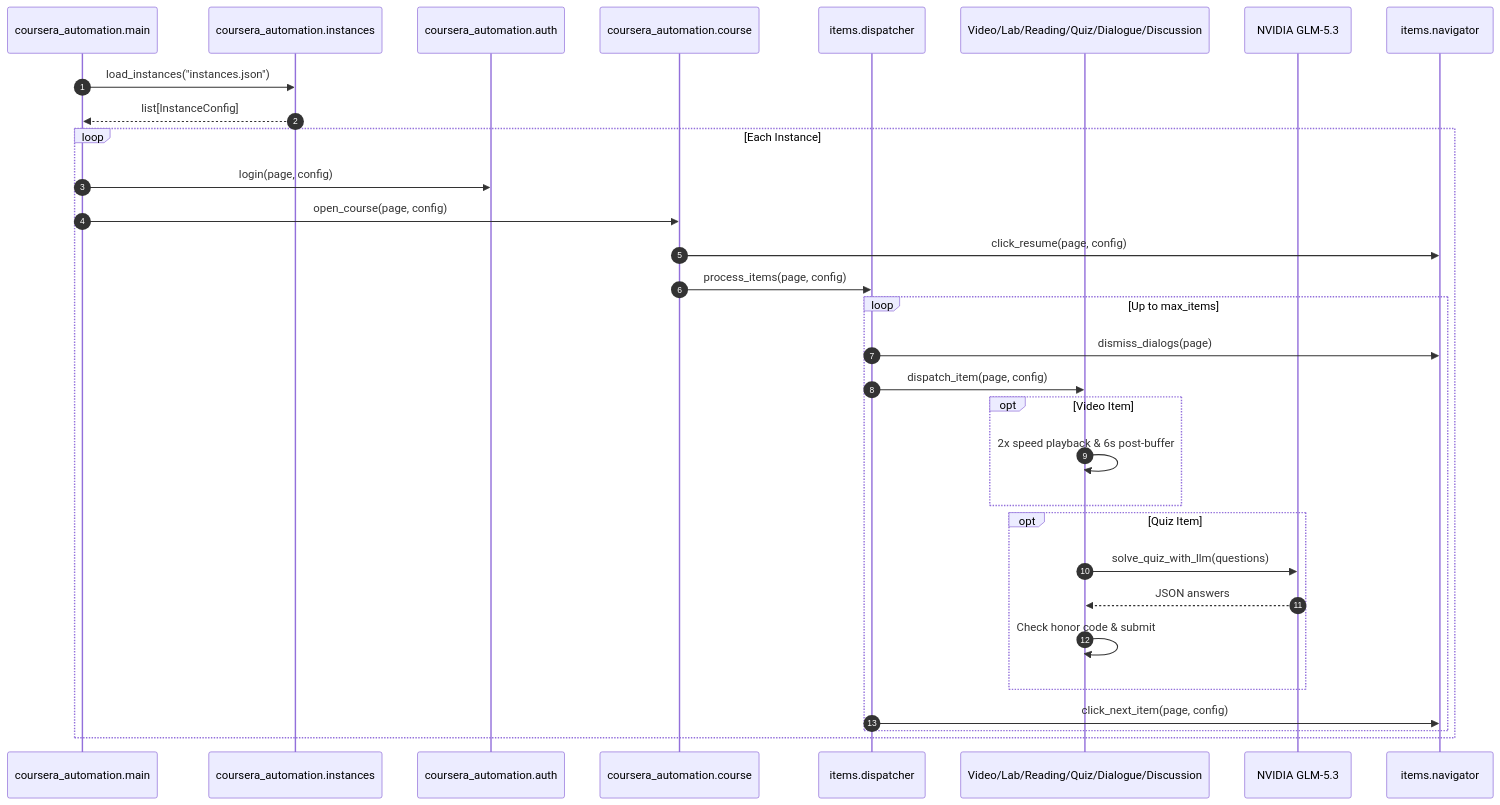
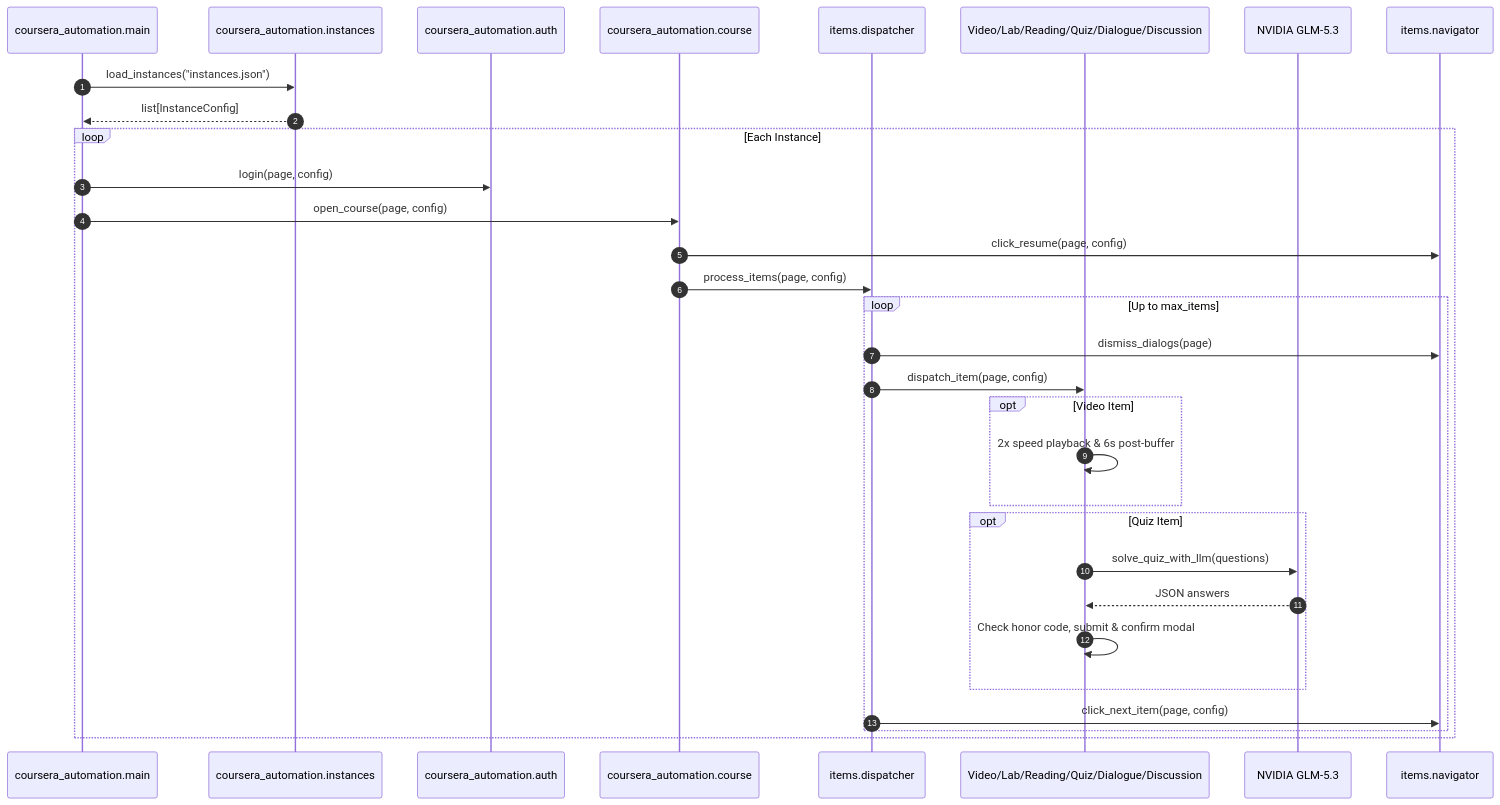
Before and after one commit to Deekshika03/coursera: the diagram in docs/ARCHITECTURE.md, drawn with Mermaid. The commit also changed other lines of this file and 20 other files, not shown here.

Commit message:
feat: add automatic dismissal and checkbox handling for Coursera Honor Code modals

````diff
--- a/docs/ARCHITECTURE.md
+++ b/docs/ARCHITECTURE.md
@@ -7,34 +7,35 @@
 ```mermaid
 sequenceDiagram
     autonumber
     participant Main as coursera_automation.main
     participant Inst as coursera_automation.instances
     participant Auth as coursera_automation.auth
     participant Course as coursera_automation.course
     participant Disp as items.dispatcher
     participant Item as Video/Lab/Reading/Quiz/Dialogue/Discussion
     participant LLM as NVIDIA GLM-5.3
     participant Nav as items.navigator
 
     Main->>Inst: load_instances("instances.json")
     Inst-->>Main: list[InstanceConfig]
     loop Each Instance
         Main->>Auth: login(page, config)
         Main->>Course: open_course(page, config)
         Course->>Nav: click_resume(page, config)
         Course->>Disp: process_items(page, config)
         loop Up to max_items
             Disp->>Nav: dismiss_dialogs(page)
             Disp->>Item: dispatch_item(page, config)
             opt Video Item
                 Item->>Item: 2x speed playback & 6s post-buffer
             end
             opt Quiz Item
                 Item->>LLM: solve_quiz_with_llm(questions)
                 LLM-->>Item: JSON answers
-                Item->>Item: Check honor code & submit
+                Item->>Item: Check honor code, submit & confirm modal
             end
+
             Disp->>Nav: click_next_item(page, config)
         end
     end
 ```
````
